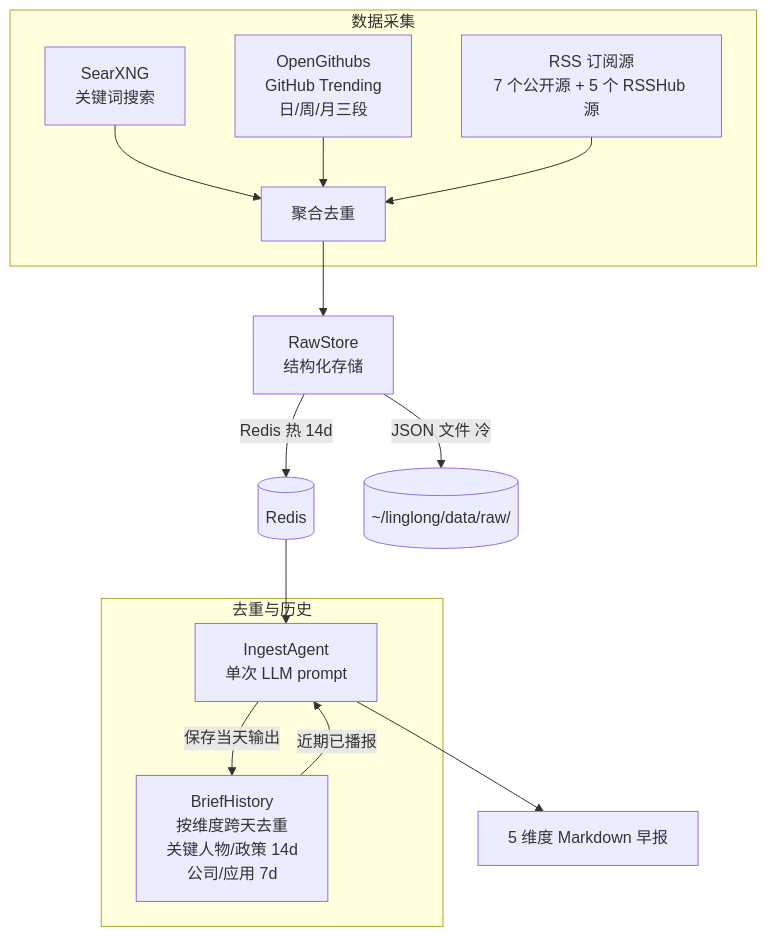
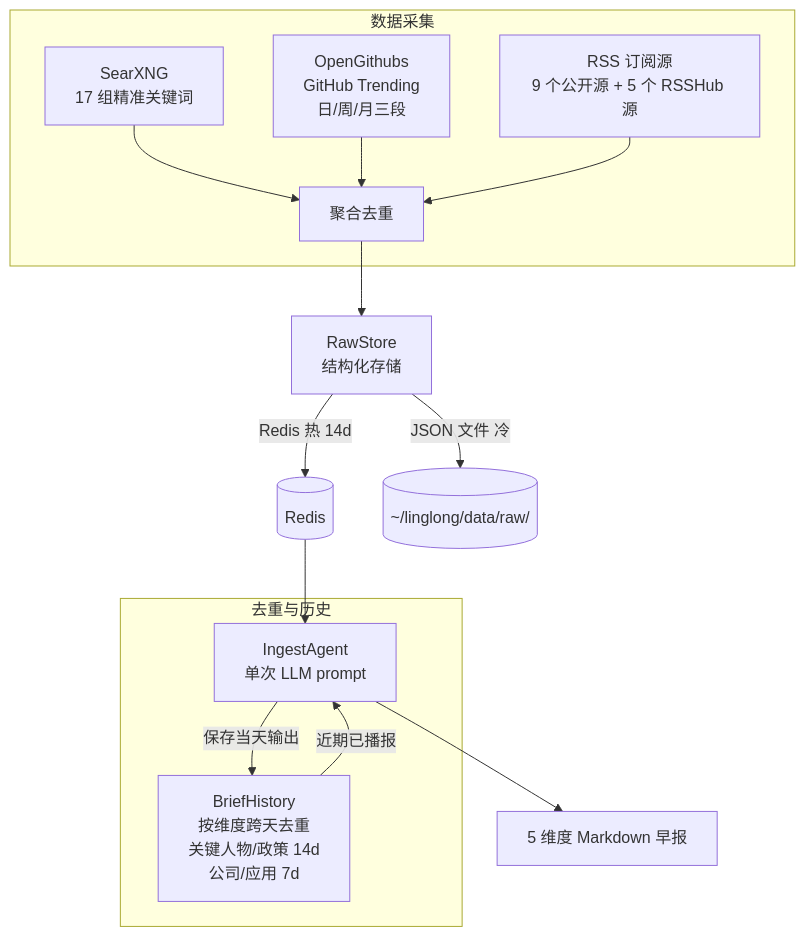
The diagram in docs/README.md (xinovate/linglong-scout), drawn with Mermaid before and after one commit. The commit also changed other lines of this file and 6 other files, not shown here.

````diff
--- a/docs/README.md
+++ b/docs/README.md
@@ -70,20 +71,20 @@
 ```mermaid
 graph TD
     subgraph 数据采集
-        A1[SearXNG<br/>关键词搜索] --> D[聚合去重]
+        A1[SearXNG<br/>17 组精准关键词] --> D[聚合去重]
         A2[OpenGithubs<br/>GitHub Trending<br/>日/周/月三段] --> D
-        A3[RSS 订阅源<br/>7 个公开源 + 5 个 RSSHub 源] --> D
+        A3[RSS 订阅源<br/>9 个公开源 + 5 个 RSSHub 源] --> D
     end
 
     D --> R[RawStore<br/>结构化存储]
     R -->|Redis 热 14d| RH[(Redis)]
     R -->|JSON 文件 冷| RF[(~/linglong/data/raw/)]
 
     RH --> E[IngestAgent<br/>单次 LLM prompt]
     E --> F[5 维度 Markdown 早报]
 
     subgraph 去重与历史
         G[BriefHistory<br/>按维度跨天去重<br/>关键人物/政策 14d<br/>公司/应用 7d] -->|近期已播报| E
         E -->|保存当天输出| G
     end
 ```
````
